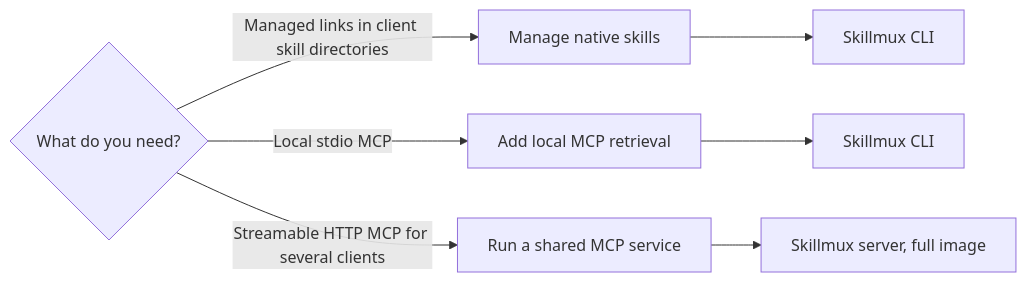
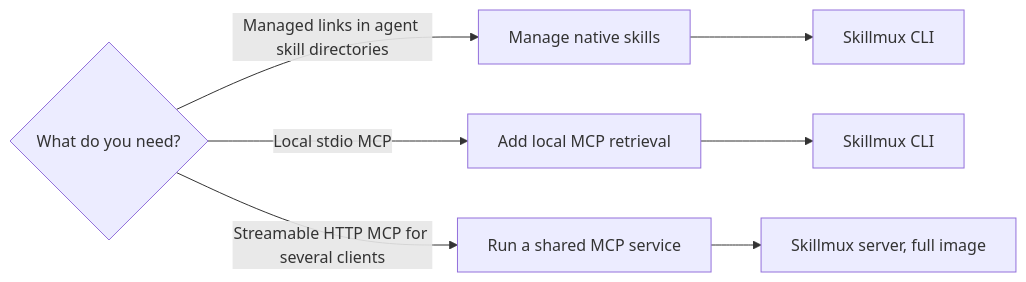
The diagram in docs/getting-started.md (klhq/skillmux), drawn with Mermaid before and after one commit. The commit also changed other lines of this file and 21 other files, not shown here.

````diff
--- a/docs/getting-started.md
+++ b/docs/getting-started.md
@@ -6,10 +6,10 @@
 ```mermaid
 flowchart LR
     Q{What do you need?}
-    Q -->|Managed links in client skill directories| A[Manage native skills]
+    Q -->|Managed links in agent skill directories| A[Manage native skills]
     Q -->|Local stdio MCP| B[Add local MCP retrieval]
     Q -->|Streamable HTTP MCP for several clients| C[Run a shared MCP service]
     A --> A1[Skillmux CLI]
     B --> B1[Skillmux CLI]
     C --> C1[Skillmux server, full image]
 ```
````
